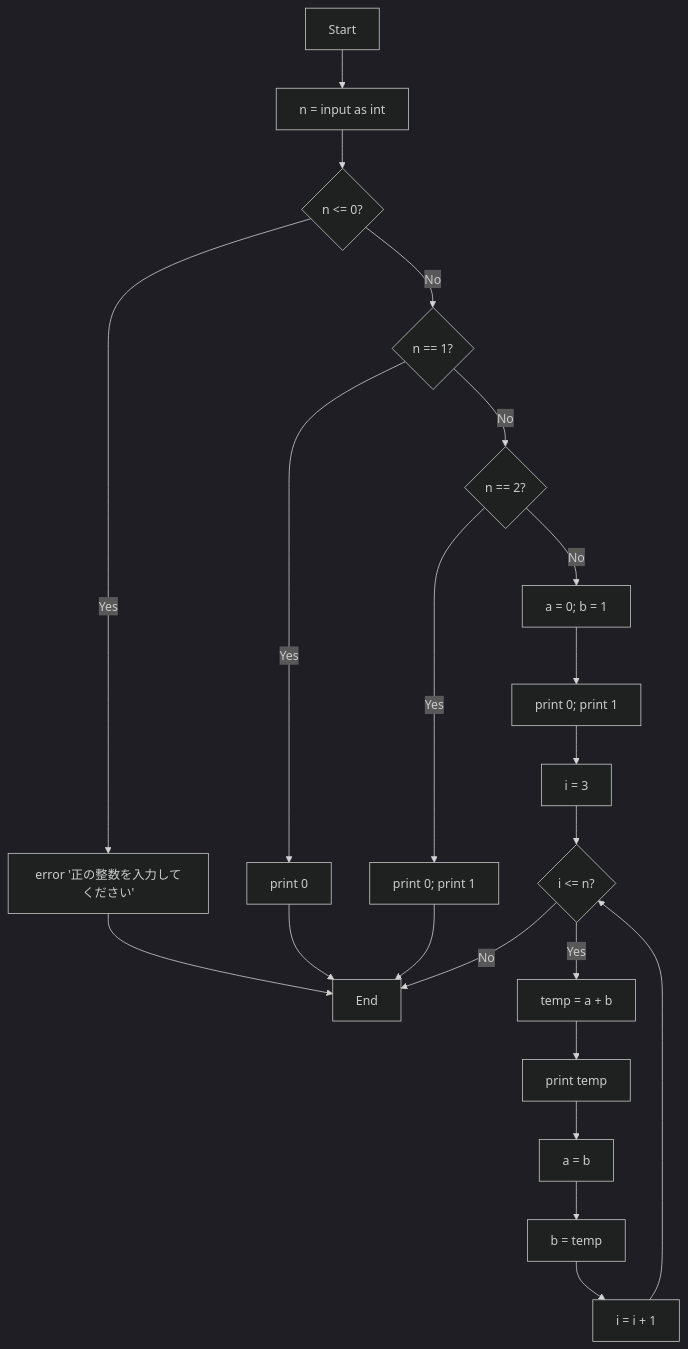
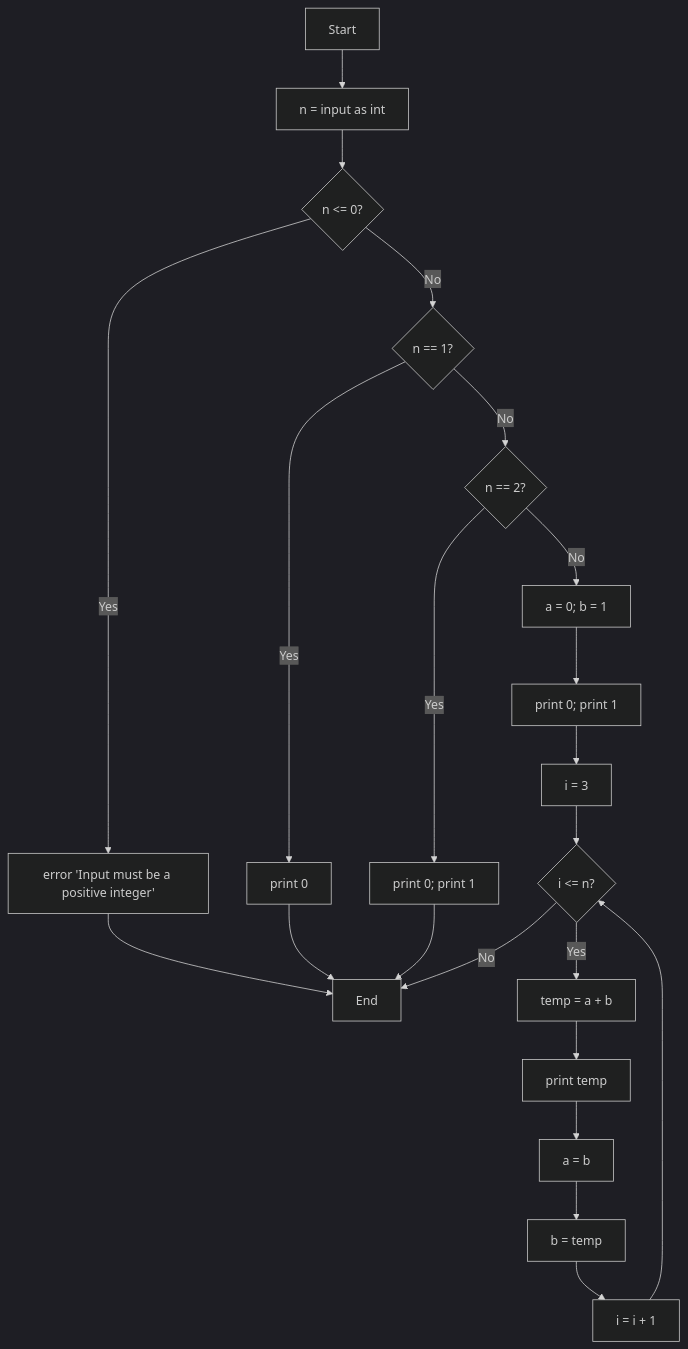
Before and after one commit to koki-develop/merx: the diagram in examples/fibonacci.mmd, drawn with Mermaid (dark theme).

Commit message:
chore: Update example error message to English
Change the error message in the fibonacci example from Japanese to English for consistency and clarity.

```diff
--- a/examples/fibonacci.mmd
+++ b/examples/fibonacci.mmd
@@ -1,22 +1,22 @@
 flowchart TD
     Start --> B[n = input as int]
     B --> C{n <= 0?}
-    C -->|Yes| D[error '正の整数を入力してください']
+    C -->|Yes| D[error 'Input must be a positive integer']
     D --> End
     C -->|No| E{n == 1?}
     E -->|Yes| F[print 0]
     F --> End
     E -->|No| G{n == 2?}
     G -->|Yes| H[print 0; print 1]
     H --> End
     G -->|No| I[a = 0; b = 1]
     I --> J[print 0; print 1]
     J --> K[i = 3]
     K --> L{i <= n?}
     L -->|No| End
     L -->|Yes| M[temp = a + b]
     M --> N[print temp]
     N --> O[a = b]
     O --> P[b = temp]
     P --> Q[i = i + 1]
     Q --> L
```
